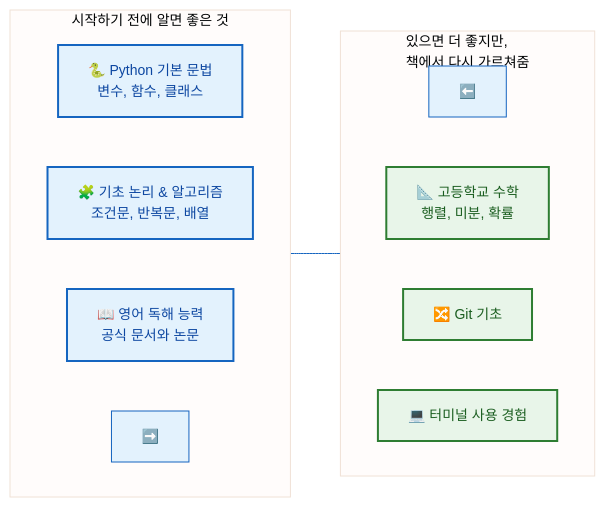
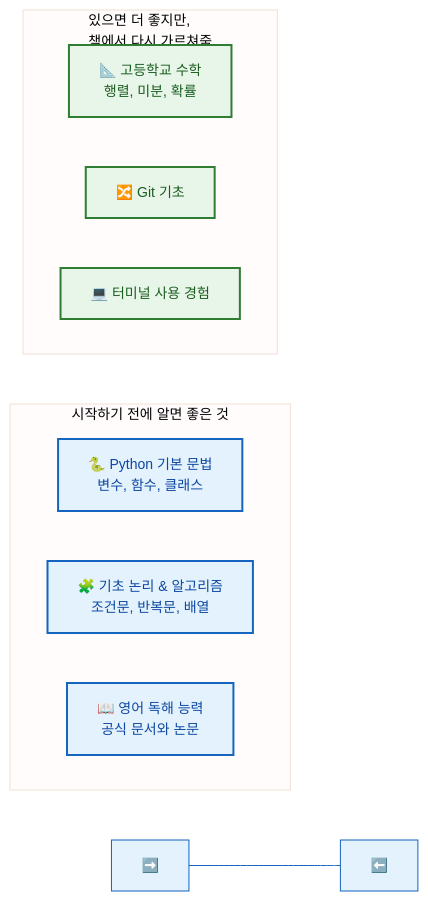
One commit to jingu279/Document changed the first of 19 diagrams in ai-programming/README.md. Above: the diagram before and after it, drawn with Mermaid. The commit also changed other lines of this file and 5 other files, not shown here.

First line of the commit message:
Fix all cross-subgraph Mermaid connections + reserved keywords

````diff
--- a/ai-programming/README.md
+++ b/ai-programming/README.md
@@ -20,26 +20,25 @@
 ```mermaid
 %%{init: {'theme': 'base', 'themeVariables': {'primaryColor': '#e3f2fd', 'primaryTextColor': '#0d47a1', 'primaryBorderColor': '#1565c0', 'lineColor': '#1565c0', 'fontSize': '14px'}}}%%
 flowchart LR
   subgraph Prerequisites[시작하기 전에 알면 좋은 것]
     direction LR
     Python["🐍 Python 기본 문법<br/>변수, 함수, 클래스"]
     Logic["🧩 기초 논리 & 알고리즘<br/>조건문, 반복문, 배열"]
     English["📖 영어 독해 능력<br/>공식 문서와 논문"]
-    Pre_Out["➡️"]
   end
-
+  Pre_Out["➡️"]
+  Nice_In["⬅️"]
   subgraph NiceToHave[있으면 더 좋지만,<br/>책에서 다시 가르쳐줌]
     direction LR
-    Nice_In["⬅️"]
     Math["📐 고등학교 수학<br/>행렬, 미분, 확률"]
     Git["🔀 Git 기초"]
     Linux["💻 터미널 사용 경험"]
   end
 
   Pre_Out --- Nice_In
 
   classDef blue fill:#e3f2fd,stroke:#1565c0,stroke-width:2px,color:#0d47a1
   classDef green fill:#e8f5e9,stroke:#2e7d32,stroke-width:2px,color:#1b5e20
   class Python,Logic,English blue
   class Math,Git,Linux green
 ```
````
